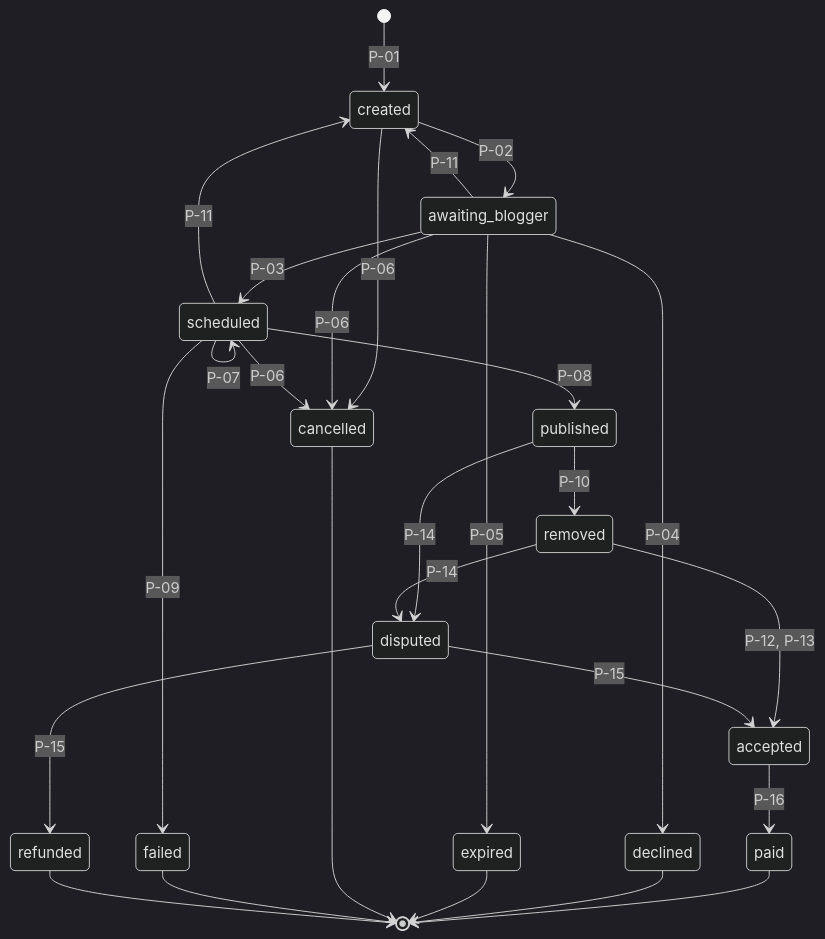
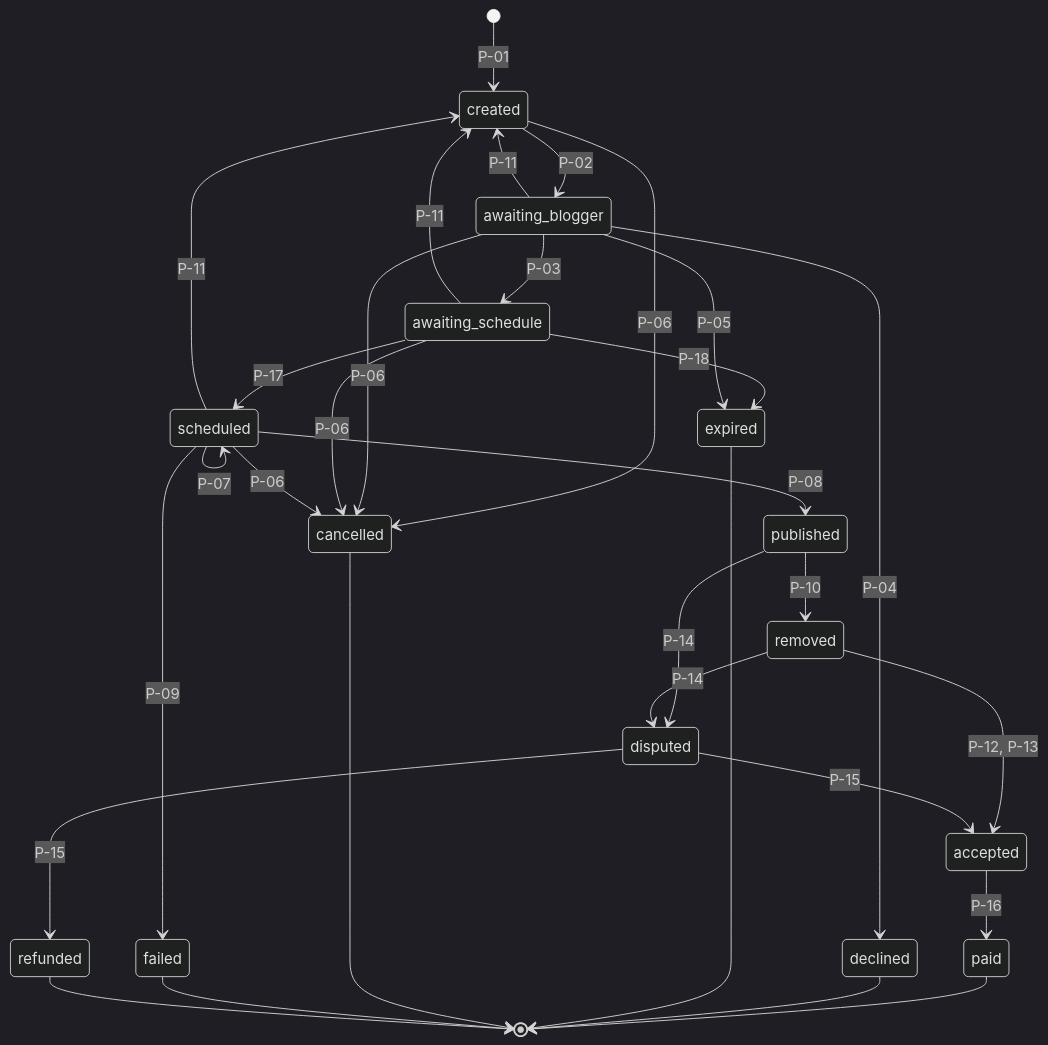
One commit to leha-creator/maxim changed the diagram in docs/03-placement.md. Above: the diagram before and after it, drawn with Mermaid (dark theme). The commit also changed other lines of this file and 7 other files, not shown here.

````diff
--- a/docs/03-placement.md
+++ b/docs/03-placement.md
@@ -88,29 +89,33 @@
 ```mermaid
 stateDiagram-v2
     [*] --> created: P-01
     created --> awaiting_blogger: P-02
-    awaiting_blogger --> scheduled: P-03
+    awaiting_blogger --> awaiting_schedule: P-03
+    awaiting_schedule --> scheduled: P-17
+    awaiting_schedule --> expired: P-18
     awaiting_blogger --> declined: P-04
     awaiting_blogger --> expired: P-05
     created --> cancelled: P-06
     awaiting_blogger --> cancelled: P-06
+    awaiting_schedule --> cancelled: P-06
     scheduled --> cancelled: P-06
     scheduled --> scheduled: P-07
     scheduled --> published: P-08
     scheduled --> failed: P-09
     published --> removed: P-10
     awaiting_blogger --> created: P-11
+    awaiting_schedule --> created: P-11
     scheduled --> created: P-11
     removed --> accepted: P-12, P-13
     published --> disputed: P-14
     removed --> disputed: P-14
     disputed --> accepted: P-15
     disputed --> refunded: P-15
     accepted --> paid: P-16
     paid --> [*]
     declined --> [*]
     expired --> [*]
     cancelled --> [*]
     failed --> [*]
     refunded --> [*]
 ```
````
